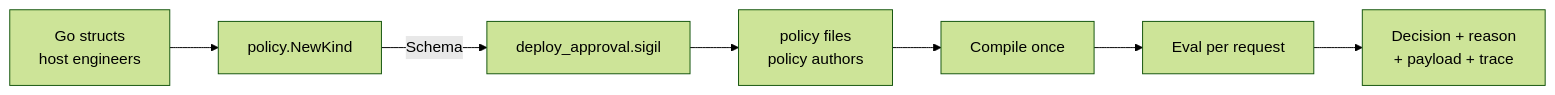
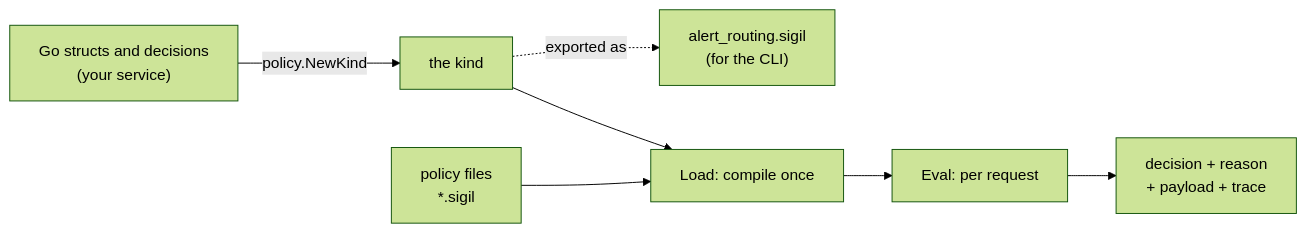
Before and after one commit to SpechtLabs/sigil: the diagram in docs/getting-started/overview.md, drawn with Mermaid (forest theme). The commit also changed other lines of this file and 29 other files, not shown here.

Commit message:
docs: rebuild Getting Started as a step-by-step path on an alert-routing example (#97)

````diff
--- a/docs/getting-started/overview.md
+++ b/docs/getting-started/overview.md
@@ -54,9 +133,9 @@
 ```mermaid
 flowchart LR
-  A[Go structs<br/>host engineers] --> B[policy.NewKind]
-  B -- Schema --> C[deploy_approval.sigil]
-  C --> D[policy files<br/>policy authors]
-  D --> E[Compile once]
-  E --> F[Eval per request]
-  F --> G[Decision + reason<br/>+ payload + trace]
+  G["Go structs and decisions<br/>(your service)"] -- policy.NewKind --> K["the kind"]
+  K -. exported as .-> F["alert_routing.sigil<br/>(for the CLI)"]
+  P["policy files<br/>*.sigil"] --> L["Load: compile once"]
+  K --> L
+  L --> E["Eval: per request"]
+  E --> D["decision + reason<br/>+ payload + trace"]
 ```
````
